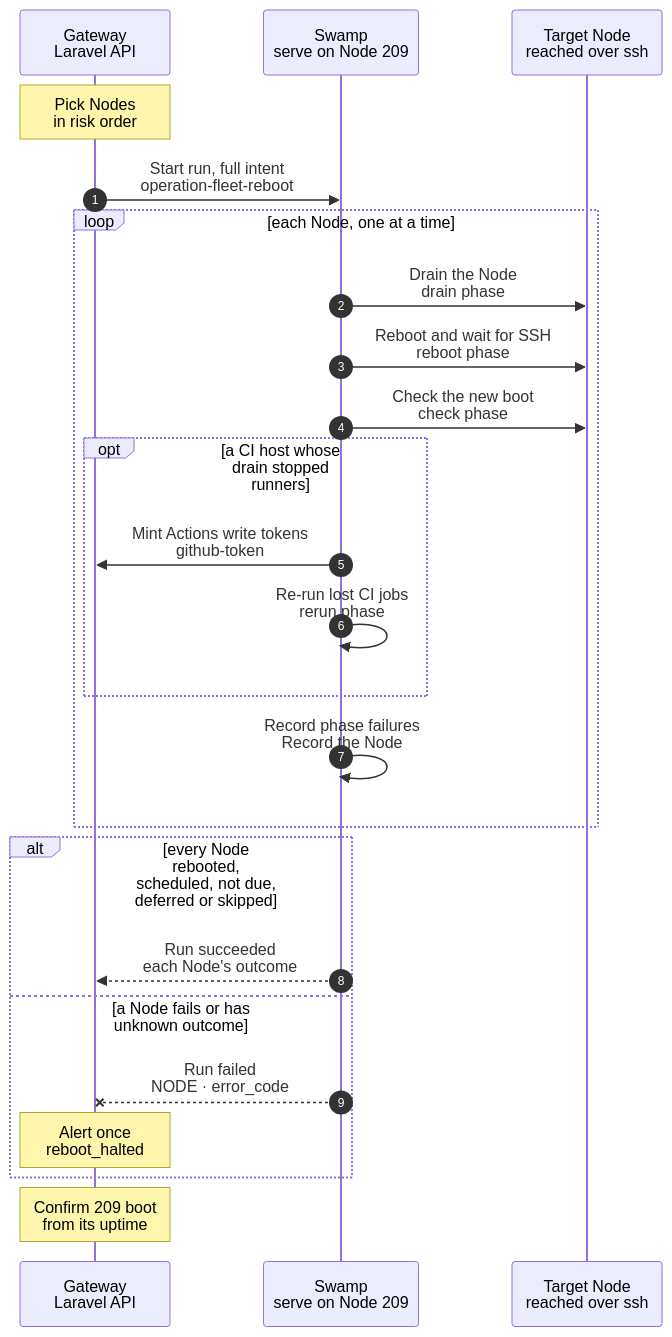
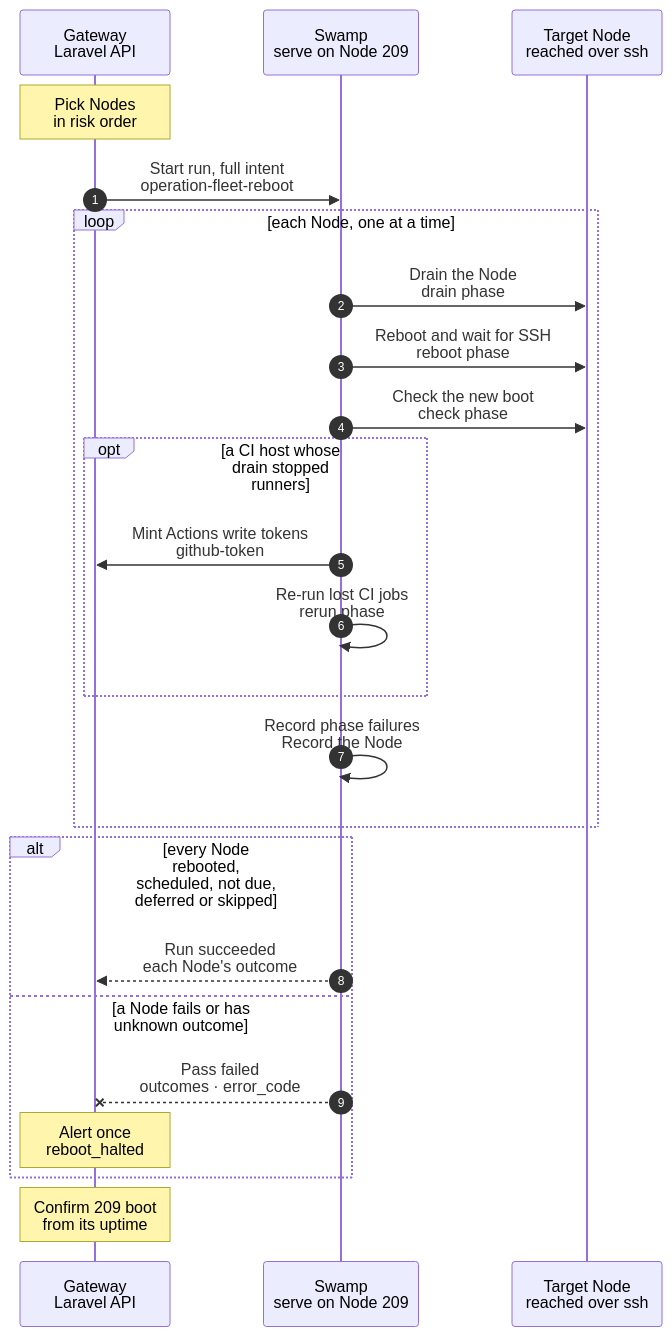
The diagram in docs/cli/fleet/reboot.mmd (hardimpactdev/orbit), drawn with Mermaid before and after one commit. The commit also changed 16 other files, not shown here.

```diff
--- a/docs/cli/fleet/reboot.mmd
+++ b/docs/cli/fleet/reboot.mmd
@@ -1,74 +1,74 @@
 sequenceDiagram
   %% Target design: ADR 0253, drained Node reboots one at a time; docs/reference/gateway-recovery.md#fleet-reboot.
   %% status: draft
   %% kind: fleet.reboot
   autonumber
   %% lane GW icon=gateway pill=intent tone=blue
   %% lane SW icon=workflow pill=executes tone=green
   %% lane N icon=server pill=target tone=amber
   participant GW as Gateway<br/>Laravel API
   participant SW as Swamp<br/>serve on Node 209
   participant N as Target Node<br/>reached over ssh
   Note over GW: Pick Nodes<br/>in risk order
   %%> When:
   %%> - every day at 03:06 Europe/Amsterdam, after the rollout admission; the window is 03:00–06:00
   %%> - when an operator posts to `fleet/reboot`; that pass ignores the window
   %%> - always while `ORBIT_FLEET_REBOOT` is on (the default)
   %%> Picks:
   %%> - every active Linux Node with a WireGuard address and a pinned host key, except task VMs
   %%> - in the rollout's groups, then the control path (`vpn` hub, Gateway, `swamp.orbit` Node), then the `swamp` Node
   %%> - a reboot hold is frozen as `defer: operator_hold`; a held Node is read but never drained or rebooted
   %%> - a task host with open task work is read and reported `deferred` (`tasks_busy`)
   %%> Requirements:
   %%> - no other pass, no fleet rollout and no Gateway release runs; they refuse each other
   GW->>SW: Start run, full intent<br/>operation-fleet-reboot
   %%> While it runs:
   %%> - task calls for its task hosts refuse with `tasks.host_rebooting`; placement and image refresh skip them
   loop each Node, one at a time
     SW->>N: Drain the Node<br/>drain phase
     %%> Why:
     %%> - only the initial safe boot-state reads retry SSH exit 255: eight attempts, 10 s each, with Ansible backoff (0, 1, 3, 7, 15, 30, 30 s); at most 166 s before overhead
     %%> - drain, stops and reboot use zero SSH retries; a disconnect after execution never replays the command
     %%> - a held Node that cannot be read fails and halts the pass, as any other Node does
     %%> - after a failed Node: `skipped`; outside the window: `deferred`; no `/var/run/reboot-required`: `not_due`
     %%> - a due held Node records boot ID, kernel and due time, then `deferred` (`operator_hold`); without a due reboot it stays `not_due`
     %%> - CI: stop each idle runner, frozen while read; a job still running after 15 min defers the Node
     %%> - task guests stop and are recorded parked; on the Gateway the scheduler stops and Horizon drains within 15 min
     %%> - record `drain_started` before the first stop; rescue runs the existing Gateway and CI recovery only after that marker
     SW->>N: Reboot and wait for SSH<br/>reboot phase
     %%> Why:
     %%> - the swamp Node instead schedules its own reboot after the run ends: `scheduled`
     SW->>N: Check the new boot<br/>check phase
     %%> Checks:
     %%> - new boot ID, newest kernel, nothing due, no newly failed unit, agent, Gateway scheduler and Horizon, hub tunnel and source unit active
     opt a CI host whose drain stopped runners
       SW->>GW: Mint Actions write tokens<br/>github-token
       %%> Why:
       %%> - one `actions: write` token per Project repository, from the App's existing permission; no runner administration (ADR 0223)
       SW->>SW: Re-run lost CI jobs<br/>rerun phase
       %%> Picks:
       %%> - failed jobs a stopped runner was still running at its freeze; never a cancelled run
       %%> - `rerun-failed-jobs` once, only while the run is still at that attempt; the Node's result lists them
     end
     SW->>SW: Record phase failures<br/>Record the Node
     %%> Why:
     %%> - always on the controller, including after UNREACHABLE bypasses Ansible rescue
     %%> - private JSON callback reports supply `failed` / `fleet.node_unreachable` and bounded redacted SSH diagnostic text
     %%> - a started phase without a terminal report or Node outcome is `failed` / `fleet.reboot_cut`; `not_reached` needs an earlier recorded halt
   end
   alt every Node rebooted, scheduled, not due, deferred or skipped
     SW-->>GW: Run succeeded<br/>each Node's outcome
     %%> Result:
     %%> - every Node result shows `reboot_hold` as admitted; held task hosts keep taking work
     %%> - the Gateway records parked task VMs; a Node due for more than 3 days raises `reboot_overdue`
   else a Node fails or has unknown outcome
-    SW--xGW: Run failed<br/>NODE · error_code
+    SW--xGW: Pass failed<br/>outcomes · error_code
     %%> Why stop:
     %%> - without a Node report, the Gateway records `unknown` / `run_interrupted`, fails the pass and alerts once
     %%> - missing records before a recorded halt stay unknown; only Nodes after that halt may be `not_reached`
-    %%> - later Nodes record `skipped` / `halted` without SSH; the next pass starts again there
+    %%> - after a recorded Node failure, later Nodes record `skipped` / `halted` without SSH; the next pass starts again there
     Note over GW: Alert once<br/>reboot_halted
   end
   Note over GW: Confirm 209 boot<br/>from its uptime
   %%> Retry:
   %%> - 30 minutes after the pass without a new boot: `reboot_unconfirmed`
```
